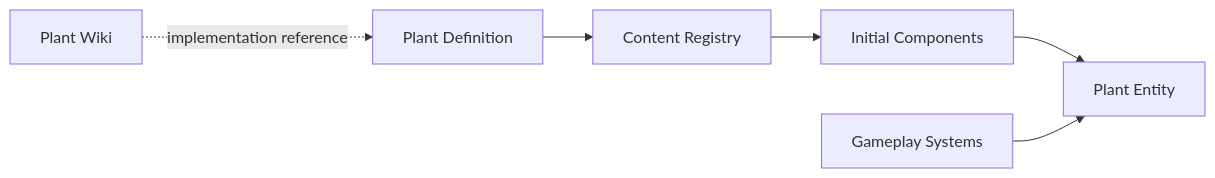
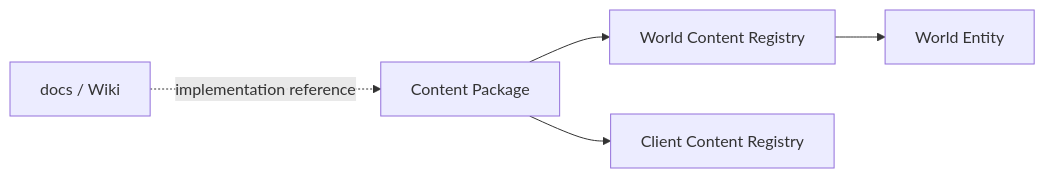
One commit to Ri0n72Y/idea-slime-bar changed the second of 2 diagrams in architecture/content-system.md. Above: the diagram before and after it, drawn with Mermaid. The commit also changed other lines of this file, not shown here.

Commit message:
docs: redesign content packages for server and godot

````diff
--- a/architecture/content-system.md
+++ b/architecture/content-system.md
@@ -74,15 +142,13 @@
 ```mermaid
 flowchart LR
-    Docs[Plant Wiki]
-    Definition[Plant Definition]
-    Registry[Content Registry]
-    Components[Initial Components]
-    Systems[Gameplay Systems]
-    Entity[Plant Entity]
+    Wiki[docs / Wiki]
+    Package[Content Package]
+    Server[World Content Registry]
+    Client[Client Content Registry]
+    World[World Entity]
 
-    Docs -. implementation reference .-> Definition
-    Definition --> Registry
-    Registry --> Components
-    Components --> Entity
-    Systems --> Entity
+    Wiki -. implementation reference .-> Package
+    Package --> Server
+    Package --> Client
+    Server --> World
 ```
````
